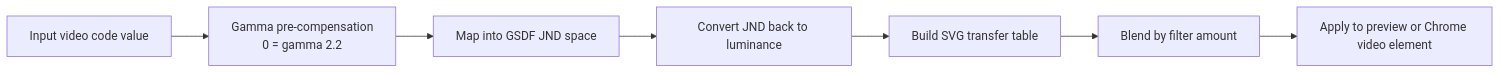
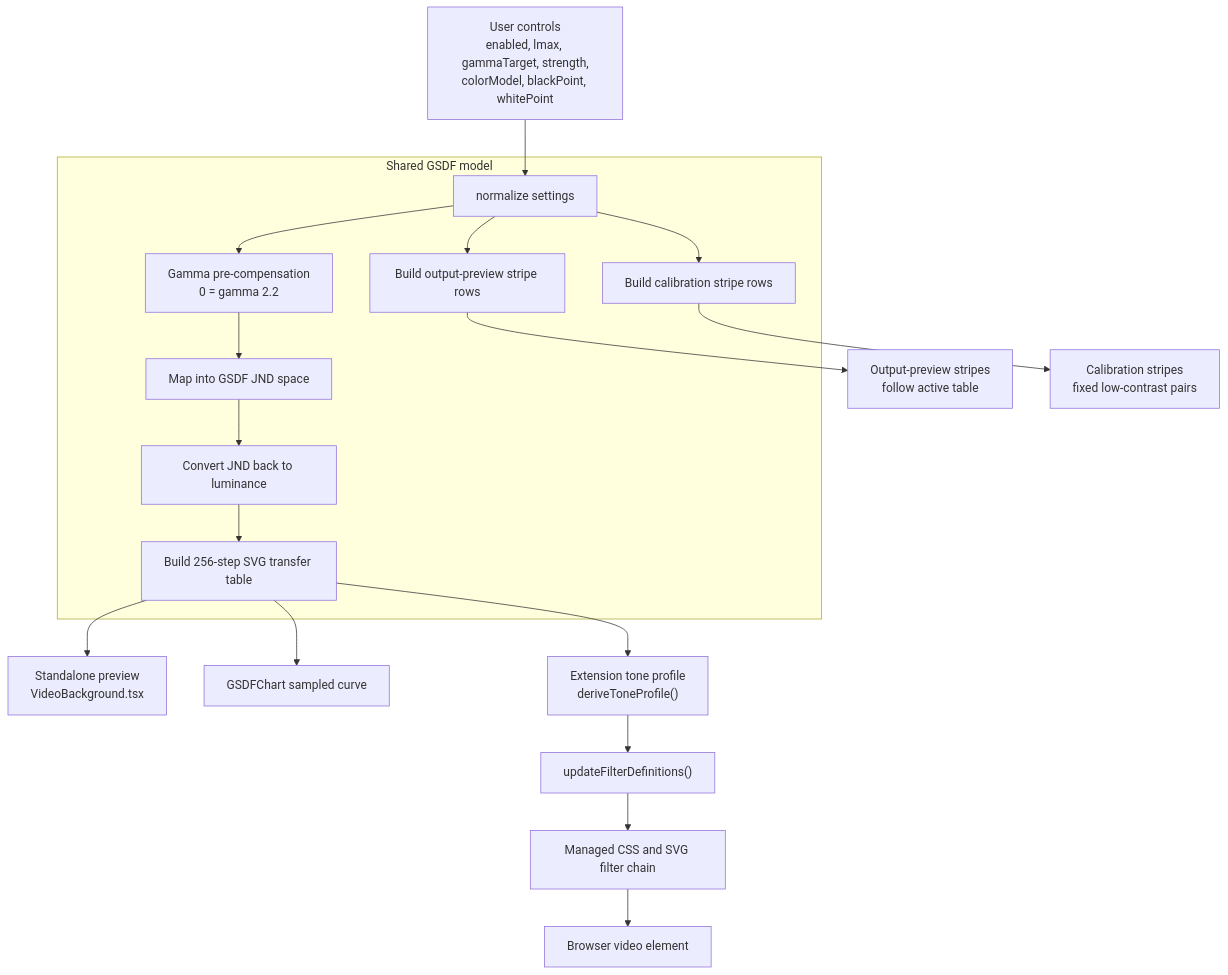
The diagram in README.md (pingqLIN/gsdf-eotf-video-adjuster), drawn with Mermaid before and after one commit. The commit also changed 3 other files, not shown here.

Commit message:
Improve GSDF docs and pattern overlay controls

````diff
--- a/README.md
+++ b/README.md
@@ -26,9 +26,22 @@
 ```mermaid
-flowchart LR
-  A["Input video code value"] --> B["Gamma pre-compensation<br/>0 = gamma 2.2"]
-  B --> C["Map into GSDF JND space"]
-  C --> D["Convert JND back to luminance"]
-  D --> E["Build SVG transfer table"]
-  E --> F["Blend by filter amount"]
-  F --> G["Apply to preview or Chrome video element"]
+flowchart TD
+  A["User controls<br/>enabled, lmax, gammaTarget, strength,<br/>colorModel, blackPoint, whitePoint"] --> B["normalize settings"]
+
+  subgraph M["Shared GSDF model"]
+    B --> C["Gamma pre-compensation<br/>0 = gamma 2.2"]
+    C --> D["Map into GSDF JND space"]
+    D --> E["Convert JND back to luminance"]
+    E --> F["Build 256-step SVG transfer table"]
+    B --> G["Build output-preview stripe rows"]
+    B --> H["Build calibration stripe rows"]
+  end
+
+  F --> I["Standalone preview<br/>VideoBackground.tsx"]
+  F --> J["GSDFChart sampled curve"]
+  F --> K["Extension tone profile<br/>deriveToneProfile()"]
+  G --> L["Output-preview stripes<br/>follow active table"]
+  H --> N["Calibration stripes<br/>fixed low-contrast pairs"]
+  K --> O["updateFilterDefinitions()"]
+  O --> P["Managed CSS and SVG filter chain"]
+  P --> Q["Browser video element"]
 ```
````
